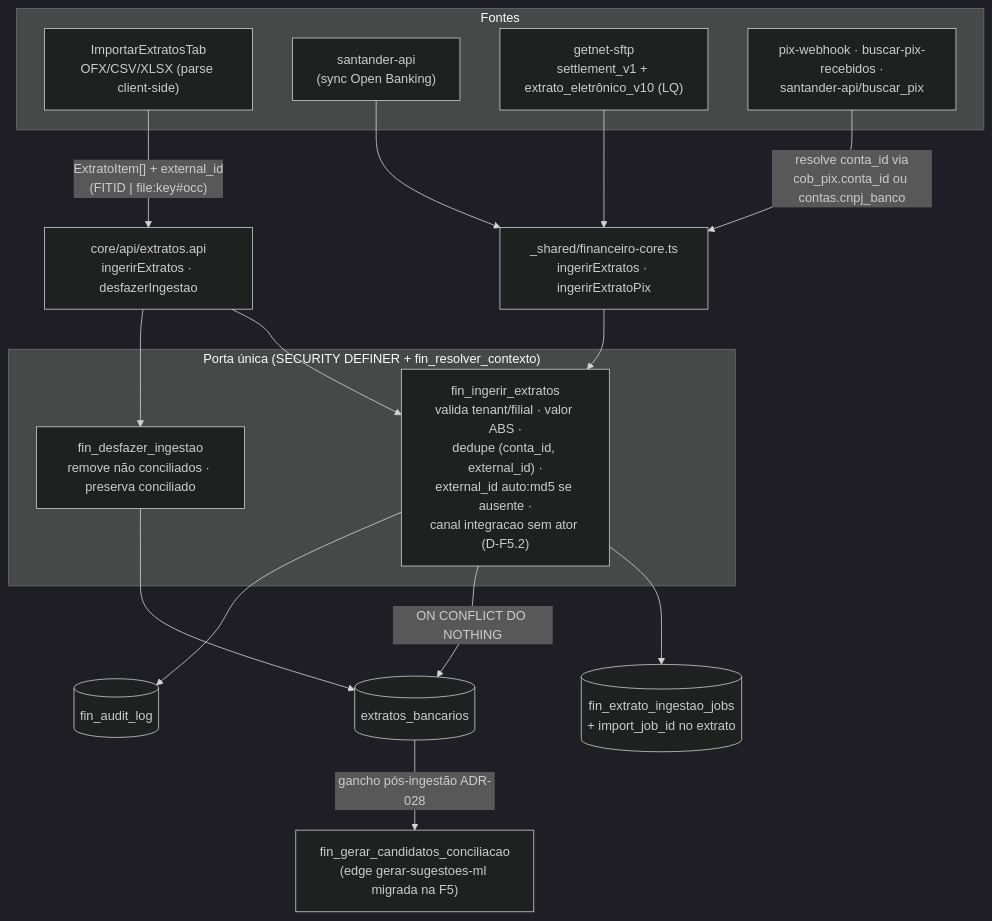
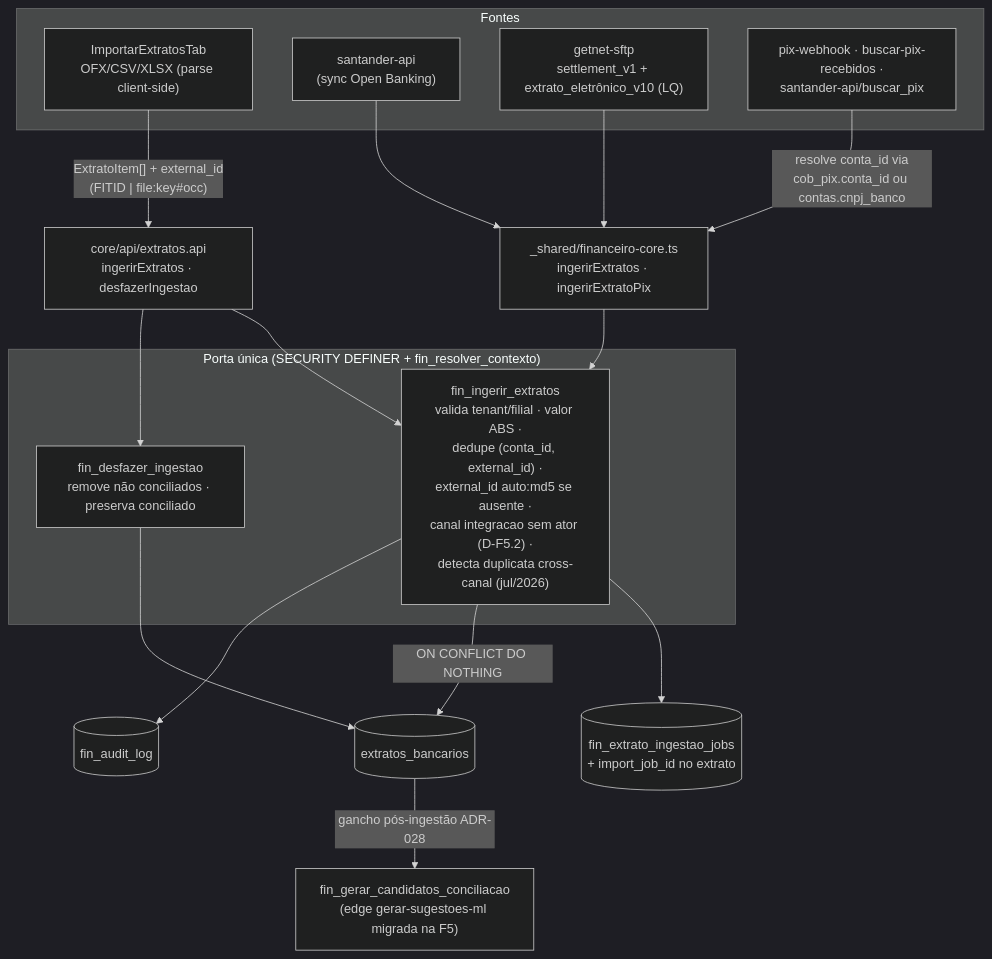
One commit to adrianoapc/igreja-carvalho changed the seventh of 12 diagrams in docs/diagramas/fluxo-financeiro.md. Above: the diagram before and after it, drawn with Mermaid (dark theme). The commit also changed other lines of this file and 8 other files, not shown here.

First line of the commit message:
fix(financeiro): detecta duplicata cross-canal Getnet SFTP × Santander (#55)

````diff
--- a/docs/diagramas/fluxo-financeiro.md
+++ b/docs/diagramas/fluxo-financeiro.md
@@ -378,31 +378,31 @@
 ```mermaid
 flowchart TD
     subgraph SRC["Fontes"]
         OFX["ImportarExtratosTab\nOFX/CSV/XLSX (parse client-side)"]
         SAN["santander-api\n(sync Open Banking)"]
         GET["getnet-sftp\nsettlement_v1 + extrato_eletrônico_v10 (LQ)"]
         PIX["pix-webhook · buscar-pix-recebidos ·\nsantander-api/buscar_pix"]
     end
 
     EAPI["core/api/extratos.api\ningerirExtratos · desfazerIngestao"]
     SHIM["_shared/financeiro-core.ts\ningerirExtratos · ingerirExtratoPix"]
     OFX -->|"ExtratoItem[] + external_id\n(FITID | file:key#occ)"| EAPI
     SAN --> SHIM
     GET --> SHIM
     PIX -->|"resolve conta_id via\ncob_pix.conta_id ou contas.cnpj_banco"| SHIM
 
     subgraph RPC["Porta única (SECURITY DEFINER + fin_resolver_contexto)"]
-        ING["fin_ingerir_extratos\nvalida tenant/filial · valor ABS ·\ndedupe (conta_id, external_id) ·\nexternal_id auto:md5 se ausente ·\ncanal integracao sem ator (D-F5.2)"]
+        ING["fin_ingerir_extratos\nvalida tenant/filial · valor ABS ·\ndedupe (conta_id, external_id) ·\nexternal_id auto:md5 se ausente ·\ncanal integracao sem ator (D-F5.2) ·\ndetecta duplicata cross-canal (jul/2026)"]
         UNDO["fin_desfazer_ingestao\nremove não conciliados · preserva conciliado"]
     end
     EAPI --> ING
     EAPI --> UNDO
     SHIM --> ING
 
     ING --> JOB[(fin_extrato_ingestao_jobs\n+ import_job_id no extrato)]
     ING -->|ON CONFLICT DO NOTHING| EXT[(extratos_bancarios)]
     ING --> AUD[(fin_audit_log)]
     UNDO --> EXT
 
     EXT -->|gancho pós-ingestão ADR-028| SCORE["fin_gerar_candidatos_conciliacao\n(edge gerar-sugestoes-ml migrada na F5)"]
 ```
````
